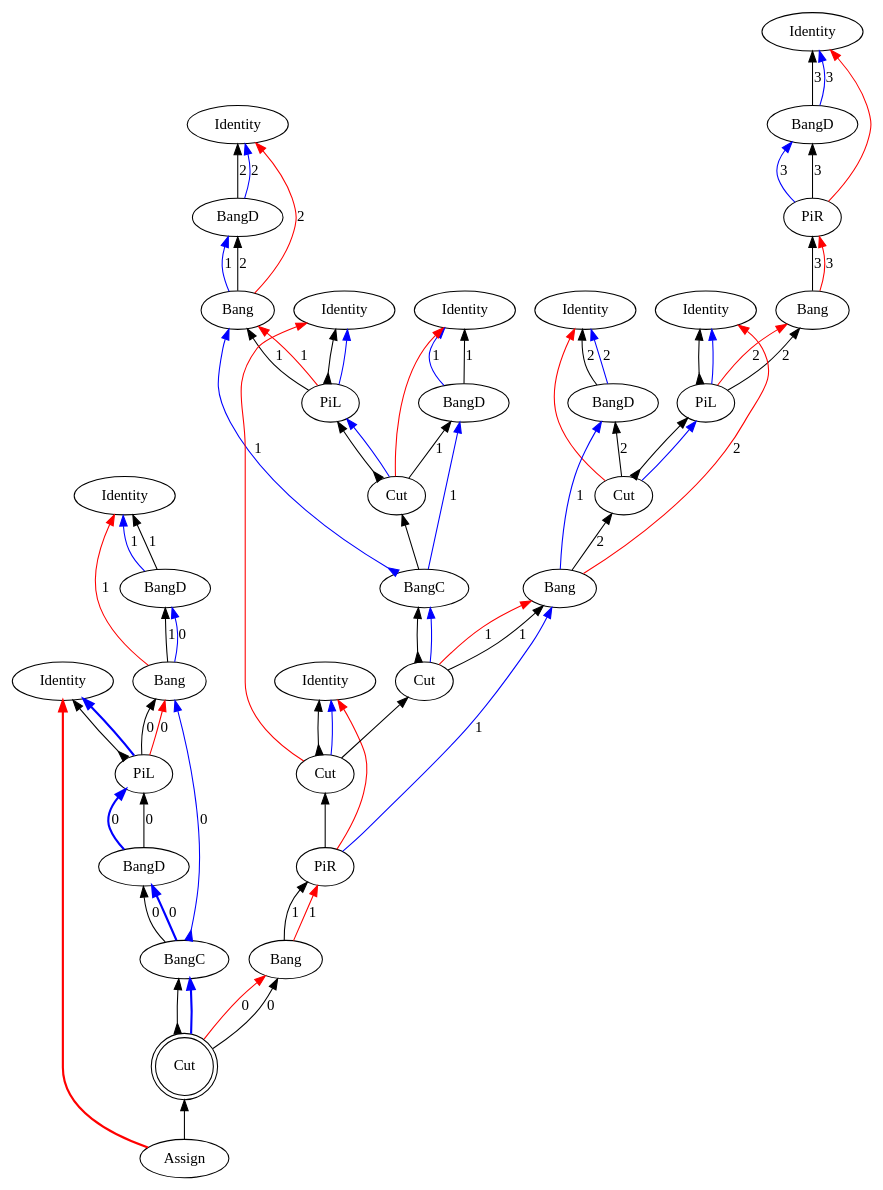
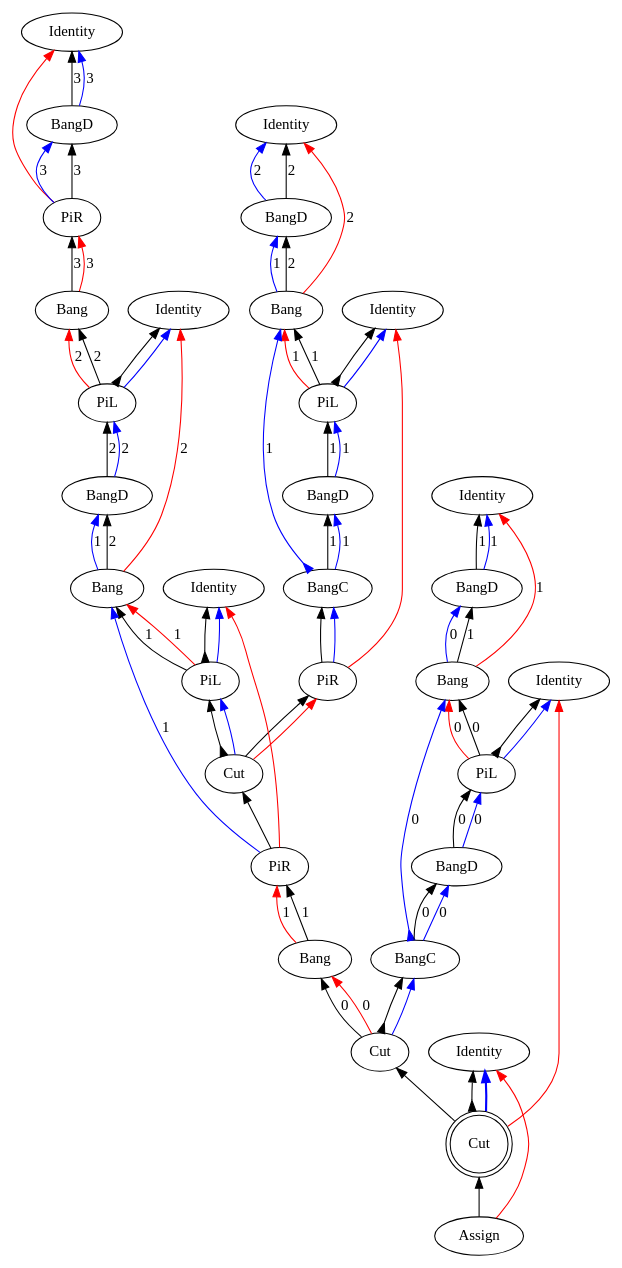
One commit to Mathnerd314/stroscot changed the diagram in src/core/graphs/example_m_4.dot. Above: the diagram before and after it, drawn with Graphviz. The commit also changed 88 other files, not shown here.

```diff
--- a/src/core/graphs/example_m_4.dot
+++ b/src/core/graphs/example_m_4.dot
@@ -6,22 +6,22 @@
 "Bang3" [label="Bang"]
 "Identity4" [label="Identity"]
 "PiL5" [label="PiL"]
-"Identity6" [label="Identity"]
-"BangD7" [label="BangD"]
-"Cut8" [label="Cut"]
-"Bang9" [label="Bang"]
+"BangD6" [label="BangD"]
+"Bang7" [label="Bang"]
+"Identity8" [label="Identity"]
+"PiL9" [label="PiL"]
 "Identity10" [label="Identity"]
-"Identity11" [label="Identity"]
-"BangD12" [label="BangD"]
-"Bang13" [label="Bang"]
-"Identity14" [label="Identity"]
-"PiL15" [label="PiL"]
-"Identity16" [label="Identity"]
-"BangD17" [label="BangD"]
+"BangD11" [label="BangD"]
+"Bang12" [label="Bang"]
+"Identity13" [label="Identity"]
+"PiL14" [label="PiL"]
+"BangD15" [label="BangD"]
+"BangC16" [label="BangC"]
+"PiR17" [label="PiR"]
 "Cut18" [label="Cut"]
-"BangC19" [label="BangC"]
-"PiR20" [label="PiR"]
-"Bang21" [label="Bang"]
+"PiR19" [label="PiR"]
+"Bang20" [label="Bang"]
+"Identity21" [label="Identity"]
 "Identity22" [label="Identity"]
 "BangD23" [label="BangD"]
 "Bang24" [label="Bang"]
@@ -30,78 +30,76 @@
 "BangD27" [label="BangD"]
 "BangC28" [label="BangC"]
 "Assign29" [label="Assign"]
-"Cut30" [label="Cut",shape=doublecircle]
-"Cut31" [label="Cut"]
-"Cut32" [label="Cut"]
+"Cut30" [label="Cut"]
+"Cut31" [label="Cut",shape=doublecircle]
 "Bang24" -> "BangD23"[color=black,weight=5,tooltip="c_bseq24",label="1",arrowhead=normal,arrowtail=none,dir=both]
-"Bang21" -> "PiR20"[color=black,weight=5,tooltip="c_bseq32",label="1",arrowhead=normal,arrowtail=none,dir=both]
-"Bang13" -> "BangD12"[color=black,weight=5,tooltip="c_bseq58",label="2",arrowhead=normal,arrowtail=none,dir=both]
-"Bang9" -> "Cut8"[color=black,weight=5,tooltip="c_bseq67",label="2",arrowhead=normal,arrowtail=none,dir=both]
+"Bang20" -> "PiR19"[color=black,weight=5,tooltip="c_bseq32",label="1",arrowhead=normal,arrowtail=none,dir=both]
+"Bang12" -> "BangD11"[color=black,weight=5,tooltip="c_bseq58",label="2",arrowhead=normal,arrowtail=none,dir=both]
+"Bang7" -> "BangD6"[color=black,weight=5,tooltip="c_bseq67",label="2",arrowhead=normal,arrowtail=none,dir=both]
 "Bang3" -> "PiR2"[color=black,weight=5,tooltip="c_bseq79",label="3",arrowhead=normal,arrowtail=none,dir=both]
-"Cut18" -> "PiL15"[color=black,weight=5,tooltip="c_lseq46",arrowhead=normal,arrowtail=inv,dir=both]
-"Cut8" -> "PiL5"[color=black,weight=5,tooltip="c_lseq68",arrowhead=normal,arrowtail=inv,dir=both]
-"Cut18" -> "BangD17"[color=black,weight=5,tooltip="c_rseq47",label="1",arrowhead=normal,arrowtail=none,dir=both]
-"Cut8" -> "BangD7"[color=black,weight=5,tooltip="c_rseq69",label="2",arrowhead=normal,arrowtail=none,dir=both]
+"Cut18" -> "PiL9"[color=black,weight=5,tooltip="c_lseq36",arrowhead=normal,arrowtail=inv,dir=both]
+"Cut18" -> "PiR17"[color=black,weight=5,tooltip="c_rseq37",arrowhead=normal,arrowtail=none,dir=both]
 "PiL26" -> "Bang24"[color=black,weight=5,tooltip="dseq20",label="0",arrowhead=normal,arrowtail=none,dir=both]
-"Cut30" -> "Bang21"[color=black,weight=5,tooltip="dseq29",label="0",arrowhead=normal,arrowtail=none,dir=both]
-"PiL15" -> "Bang13"[color=black,weight=5,tooltip="dseq54",label="1",arrowhead=normal,arrowtail=none,dir=both]
-"Cut31" -> "Bang9"[color=black,weight=5,tooltip="dseq63",label="1",arrowhead=normal,arrowtail=none,dir=both]
+"Cut30" -> "Bang20"[color=black,weight=5,tooltip="dseq29",label="0",arrowhead=normal,arrowtail=none,dir=both]
+"PiL14" -> "Bang12"[color=black,weight=5,tooltip="dseq54",label="1",arrowhead=normal,arrowtail=none,dir=both]
+"PiL9" -> "Bang7"[color=black,weight=5,tooltip="dseq63",label="1",arrowhead=normal,arrowtail=none,dir=both]
 "PiL5" -> "Bang3"[color=black,weight=5,tooltip="dseq76",label="2",arrowhead=normal,arrowtail=none,dir=both]
-"PiR20" -> "Bang9"[color=blue,weight=2,tooltip="h34",label="1",arrowhead=normal,arrowtail=none,dir=both]
-"Bang9" -> "BangD7"[color=blue,weight=2,tooltip="hf65",label="1",arrowhead=normal,arrowtail=none,dir=both]
-"BangD7" -> "Identity6"[color=blue,weight=2,tooltip="hret73",label="2",arrowhead=normal,arrowtail=none,dir=both]
-"BangD7" -> "Identity6"[color=black,weight=5,tooltip="hseq72",label="2",arrowhead=normal,arrowtail=none,dir=both]
+"PiR19" -> "Bang7"[color=blue,weight=2,tooltip="h34",label="1",arrowhead=normal,arrowtail=none,dir=both]
+"Bang7" -> "BangD6"[color=blue,weight=2,tooltip="hf65",label="1",arrowhead=normal,arrowtail=none,dir=both]
+"BangD6" -> "PiL5"[color=black,weight=5,tooltip="hseq72",label="2",arrowhead=normal,arrowtail=none,dir=both]
 "PiR2" -> "BangD1"[color=blue,weight=2,tooltip="i81",label="3",arrowhead=normal,arrowtail=none,dir=both]
 "PiL26" -> "Identity25"[color=black,weight=5,tooltip="idseq21",arrowhead=normal,arrowtail=inv,dir=both]
-"PiL15" -> "Identity14"[color=black,weight=5,tooltip="idseq55",arrowhead=normal,arrowtail=inv,dir=both]
-"Cut32" -> "Identity10"[color=black,weight=5,tooltip="idseq64",arrowhead=normal,arrowtail=inv,dir=both]
+"Cut31" -> "Identity21"[color=black,weight=5,tooltip="idseq30",arrowhead=normal,arrowtail=inv,dir=both]
+"PiL14" -> "Identity13"[color=black,weight=5,tooltip="idseq55",arrowhead=normal,arrowtail=inv,dir=both]
+"PiL9" -> "Identity8"[color=black,weight=5,tooltip="idseq64",arrowhead=normal,arrowtail=inv,dir=both]
 "PiL5" -> "Identity4"[color=black,weight=5,tooltip="idseq77",arrowhead=normal,arrowtail=inv,dir=both]
 "BangD1" -> "Identity0"[color=blue,weight=2,tooltip="iret84",label="3",arrowhead=normal,arrowtail=none,dir=both]
 "BangD1" -> "Identity0"[color=black,weight=5,tooltip="iseq83",label="3",arrowhead=normal,arrowtail=none,dir=both]
-"PiL26" -> "Identity25"[color=blue,weight=2,tooltip="lret19",arrowhead=normal,arrowtail=none,penwidth=2,dir=both]
-"PiL15" -> "Identity14"[color=blue,weight=2,tooltip="lret53",arrowhead=normal,arrowtail=none,dir=both]
-"Cut32" -> "Identity10"[color=blue,weight=2,tooltip="lret62",arrowhead=normal,arrowtail=none,dir=both]
+"PiL26" -> "Identity25"[color=blue,weight=2,tooltip="lret19",arrowhead=normal,arrowtail=none,dir=both]
+"Cut31" -> "Identity21"[color=blue,weight=2,tooltip="lret28",arrowhead=normal,arrowtail=none,penwidth=2,dir=both]
+"PiL14" -> "Identity13"[color=blue,weight=2,tooltip="lret53",arrowhead=normal,arrowtail=none,dir=both]
+"PiL9" -> "Identity8"[color=blue,weight=2,tooltip="lret62",arrowhead=normal,arrowtail=none,dir=both]
 "PiL5" -> "Identity4"[color=blue,weight=2,tooltip="lret75",arrowhead=normal,arrowtail=none,dir=both]
-"BangD27" -> "PiL26"[color=blue,weight=2,tooltip="lval14",label="0",arrowhead=normal,arrowtail=none,penwidth=2,dir=both]
-"Cut18" -> "PiL15"[color=blue,weight=2,tooltip="lval48",arrowhead=normal,arrowtail=none,dir=both]
-"Cut8" -> "PiL5"[color=blue,weight=2,tooltip="lval70",arrowhead=normal,arrowtail=none,dir=both]
+"BangD27" -> "PiL26"[color=blue,weight=2,tooltip="lval14",label="0",arrowhead=normal,arrowtail=none,dir=both]
+"Cut18" -> "PiL9"[color=blue,weight=2,tooltip="lval38",arrowhead=normal,arrowtail=none,dir=both]
+"BangD15" -> "PiL14"[color=blue,weight=2,tooltip="lval48",label="1",arrowhead=normal,arrowtail=none,dir=both]
+"BangD6" -> "PiL5"[color=blue,weight=2,tooltip="lval70",label="2",arrowhead=normal,arrowtail=none,dir=both]
 "PiL26" -> "Bang24"[color=red,weight=2,tooltip="newrret18",label="0",arrowhead=normal,arrowtail=none,dir=both]
-"Cut30" -> "Bang21"[color=red,weight=2,tooltip="newrret27",label="0",arrowhead=normal,arrowtail=none,dir=both]
-"PiL15" -> "Bang13"[color=red,weight=2,tooltip="newrret52",label="1",arrowhead=normal,arrowtail=none,dir=both]
-"Cut31" -> "Bang9"[color=red,weight=2,tooltip="newrret61",label="1",arrowhead=normal,arrowtail=none,dir=both]
+"Cut30" -> "Bang20"[color=red,weight=2,tooltip="newrret27",label="0",arrowhead=normal,arrowtail=none,dir=both]
+"PiL14" -> "Bang12"[color=red,weight=2,tooltip="newrret52",label="1",arrowhead=normal,arrowtail=none,dir=both]
+"PiL9" -> "Bang7"[color=red,weight=2,tooltip="newrret61",label="1",arrowhead=normal,arrowtail=none,dir=both]
 "PiL5" -> "Bang3"[color=red,weight=2,tooltip="newrret74",label="2",arrowhead=normal,arrowtail=none,dir=both]
 "Bang24" -> "Identity22"[color=red,weight=2,tooltip="newrretf23",label="1",arrowhead=normal,arrowtail=none,dir=both]
-"Bang21" -> "PiR20"[color=red,weight=2,tooltip="newrretf31",label="1",arrowhead=normal,arrowtail=none,dir=both]
-"Bang13" -> "Identity11"[color=red,weight=2,tooltip="newrretf57",label="2",arrowhead=normal,arrowtail=none,dir=both]
-"Bang9" -> "Identity4"[color=red,weight=2,tooltip="newrretf66",label="2",arrowhead=normal,arrowtail=none,dir=both]
+"Bang20" -> "PiR19"[color=red,weight=2,tooltip="newrretf31",label="1",arrowhead=normal,arrowtail=none,dir=both]
+"Bang12" -> "Identity10"[color=red,weight=2,tooltip="newrretf57",label="2",arrowhead=normal,arrowtail=none,dir=both]
+"Bang7" -> "Identity4"[color=red,weight=2,tooltip="newrretf66",label="2",arrowhead=normal,arrowtail=none,dir=both]
 "Bang3" -> "PiR2"[color=red,weight=2,tooltip="newrretf78",label="3",arrowhead=normal,arrowtail=none,dir=both]
-"PiR20" -> "Identity10"[color=red,weight=2,tooltip="ret35",arrowhead=normal,arrowtail=none,dir=both]
-"Cut32" -> "Identity14"[color=red,weight=2,tooltip="ret42",arrowhead=normal,arrowtail=none,dir=both]
-"Assign29" -> "Identity25"[color=red,weight=2,tooltip="ret8",arrowhead=normal,arrowtail=none,penwidth=2,dir=both]
+"Assign29" -> "Identity21"[color=red,weight=2,tooltip="ret1",arrowhead=normal,arrowtail=none,dir=both]
+"PiR19" -> "Identity8"[color=red,weight=2,tooltip="ret35",arrowhead=normal,arrowtail=none,dir=both]
+"PiR17" -> "Identity13"[color=red,weight=2,tooltip="ret42",arrowhead=normal,arrowtail=none,dir=both]
+"Cut31" -> "Identity25"[color=red,weight=2,tooltip="ret8",arrowhead=normal,arrowtail=none,dir=both]
 "PiR2" -> "Identity0"[color=red,weight=2,tooltip="ret82",arrowhead=normal,arrowtail=none,dir=both]
-"Assign29" -> "Cut30"[color=black,weight=5,tooltip="retseq0",arrowhead=normal,arrowtail=none,dir=both]
-"Cut18" -> "Identity16"[color=red,weight=2,tooltip="rval49",arrowhead=normal,arrowtail=none,dir=both]
-"Cut8" -> "Identity6"[color=red,weight=2,tooltip="rval71",arrowhead=normal,arrowtail=none,dir=both]
+"Assign29" -> "Cut31"[color=black,weight=5,tooltip="retseq0",arrowhead=normal,arrowtail=none,dir=both]
+"Cut18" -> "PiR17"[color=red,weight=2,tooltip="rval39",arrowhead=normal,arrowtail=none,dir=both]
 "BangC28" -> "BangD27"[color=black,weight=5,tooltip="seq11",label="0",arrowhead=normal,arrowtail=none,dir=both]
-"PiR20" -> "Cut32"[color=black,weight=5,tooltip="seq33",arrowhead=normal,arrowtail=none,dir=both]
-"Cut31" -> "BangC19"[color=black,weight=5,tooltip="seq40",arrowhead=normal,arrowtail=inv,dir=both]
-"BangC19" -> "Cut18"[color=black,weight=5,tooltip="seq45",arrowhead=normal,arrowtail=none,dir=both]
+"PiR19" -> "Cut18"[color=black,weight=5,tooltip="seq33",arrowhead=normal,arrowtail=none,dir=both]
+"PiR17" -> "BangC16"[color=black,weight=5,tooltip="seq40",arrowhead=normal,arrowtail=none,dir=both]
+"BangC16" -> "BangD15"[color=black,weight=5,tooltip="seq45",label="1",arrowhead=normal,arrowtail=none,dir=both]
 "Cut30" -> "BangC28"[color=black,weight=5,tooltip="seq6",arrowhead=normal,arrowtail=inv,dir=both]
 "PiR2" -> "BangD1"[color=black,weight=5,tooltip="seq80",label="3",arrowhead=normal,arrowtail=none,dir=both]
-"Cut32" -> "Cut31"[color=black,weight=5,tooltip="seqP86",arrowhead=normal,arrowtail=none,dir=both]
-"Cut30" -> "BangC28"[color=blue,weight=2,tooltip="x7",arrowhead=normal,arrowtail=none,penwidth=2,dir=both]
-"BangC28" -> "BangD27"[color=blue,weight=2,tooltip="xA9",label="0",arrowhead=normal,arrowtail=none,penwidth=2,dir=both]
+"Cut31" -> "Cut30"[color=black,weight=5,tooltip="seqP85",arrowhead=normal,arrowtail=none,dir=both]
+"Cut30" -> "BangC28"[color=blue,weight=2,tooltip="x7",arrowhead=normal,arrowtail=none,dir=both]
+"BangC28" -> "BangD27"[color=blue,weight=2,tooltip="xA9",label="0",arrowhead=normal,arrowtail=none,dir=both]
 "BangC28" -> "Bang24"[color=blue,weight=2,tooltip="xB10",label="0",arrowhead=normal,arrowtail=inv,dir=both]
 "Bang24" -> "BangD23"[color=blue,weight=2,tooltip="xBf22",label="0",arrowhead=normal,arrowtail=none,dir=both]
 "BangD23" -> "Identity22"[color=blue,weight=2,tooltip="xret26",label="1",arrowhead=normal,arrowtail=none,dir=both]
 "BangD27" -> "PiL26"[color=black,weight=5,tooltip="xseq16",label="0",arrowhead=normal,arrowtail=none,dir=both]
 "BangD23" -> "Identity22"[color=black,weight=5,tooltip="xseq25",label="1",arrowhead=normal,arrowtail=none,dir=both]
-"Cut31" -> "BangC19"[color=blue,weight=2,tooltip="y41",arrowhead=normal,arrowtail=none,dir=both]
-"BangC19" -> "BangD17"[color=blue,weight=2,tooltip="yA43",label="1",arrowhead=normal,arrowtail=none,dir=both]
-"BangC19" -> "Bang13"[color=blue,weight=2,tooltip="yB44",label="1",arrowhead=normal,arrowtail=inv,dir=both]
-"Bang13" -> "BangD12"[color=blue,weight=2,tooltip="yBf56",label="1",arrowhead=normal,arrowtail=none,dir=both]
-"BangD17" -> "Identity16"[color=blue,weight=2,tooltip="yret51",label="1",arrowhead=normal,arrowtail=none,dir=both]
-"BangD12" -> "Identity11"[color=blue,weight=2,tooltip="yret60",label="2",arrowhead=normal,arrowtail=none,dir=both]
-"BangD17" -> "Identity16"[color=black,weight=5,tooltip="yseq50",label="1",arrowhead=normal,arrowtail=none,dir=both]
-"BangD12" -> "Identity11"[color=black,weight=5,tooltip="yseq59",label="2",arrowhead=normal,arrowtail=none,dir=both]
+"PiR17" -> "BangC16"[color=blue,weight=2,tooltip="y41",arrowhead=normal,arrowtail=none,dir=both]
+"BangC16" -> "BangD15"[color=blue,weight=2,tooltip="yA43",label="1",arrowhead=normal,arrowtail=none,dir=both]
+"BangC16" -> "Bang12"[color=blue,weight=2,tooltip="yB44",label="1",arrowhead=normal,arrowtail=inv,dir=both]
+"Bang12" -> "BangD11"[color=blue,weight=2,tooltip="yBf56",label="1",arrowhead=normal,arrowtail=none,dir=both]
+"BangD11" -> "Identity10"[color=blue,weight=2,tooltip="yret60",label="2",arrowhead=normal,arrowtail=none,dir=both]
+"BangD15" -> "PiL14"[color=black,weight=5,tooltip="yseq50",label="1",arrowhead=normal,arrowtail=none,dir=both]
+"BangD11" -> "Identity10"[color=black,weight=5,tooltip="yseq59",label="2",arrowhead=normal,arrowtail=none,dir=both]
 }
```
